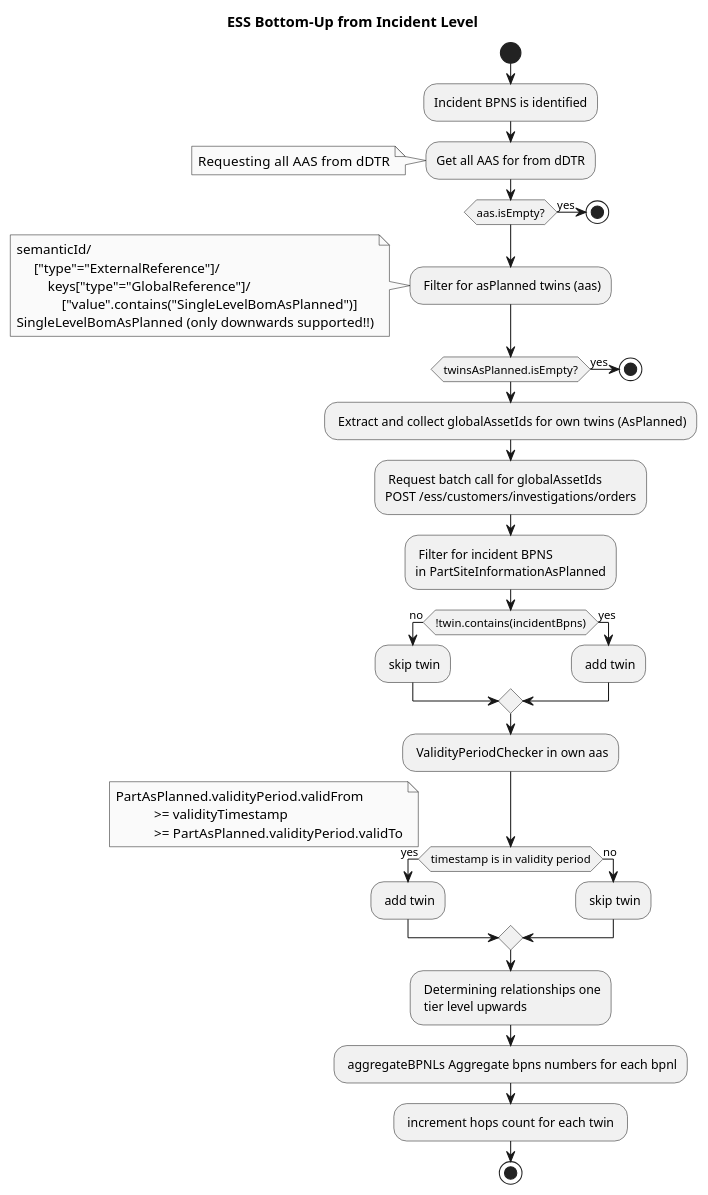
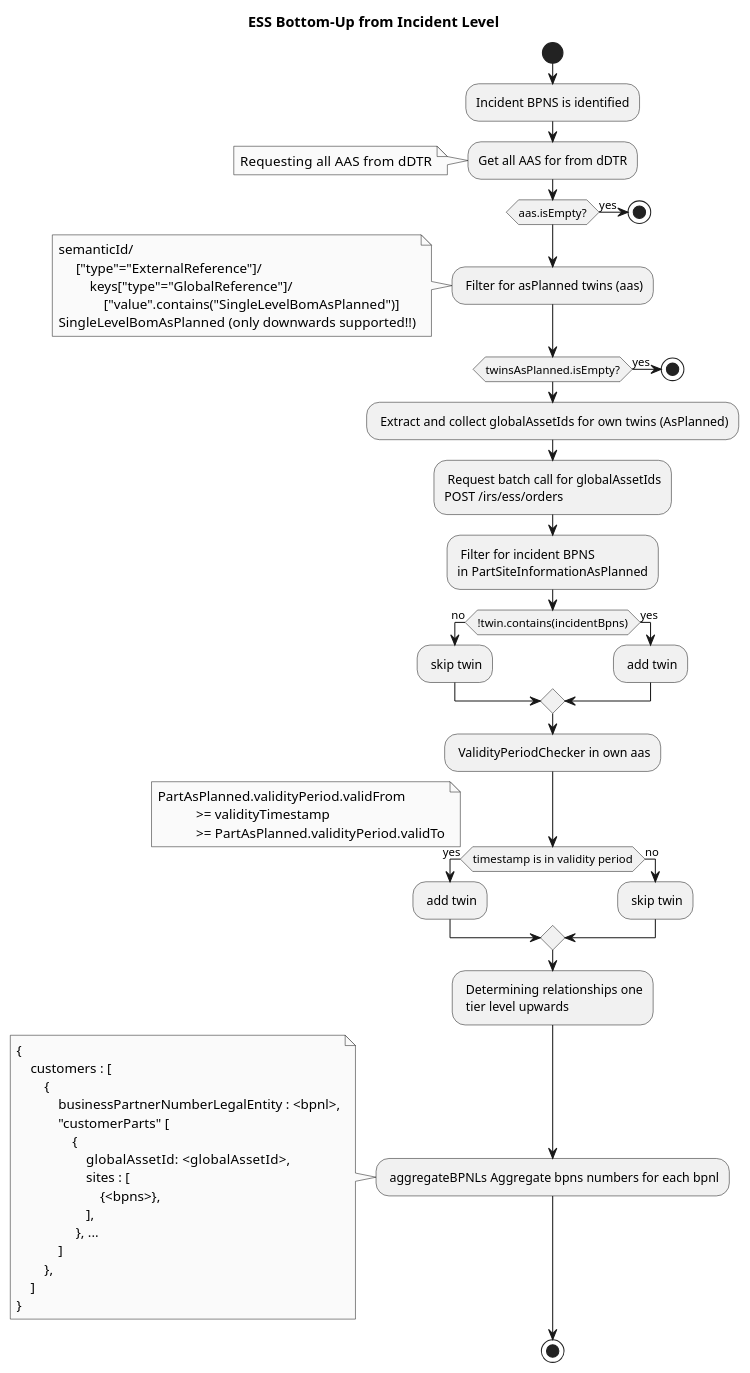
One commit to eclipse-tractusx/item-relationship-service changed the diagram in docs/src/uml-diagrams/irs-recursive/ess-bottom-up/activity/1_incident_scenario_ess-bottom_up-activity.puml. Above: the diagram before and after it, drawn with PlantUML. The commit also changed 2 other files, not shown here.

Commit message:
fix(diagram):[TRI-1715] Remove hops count as not needed

```diff
--- a/docs/src/uml-diagrams/irs-recursive/ess-bottom-up/activity/1_incident_scenario_ess-bottom_up-activity.puml
+++ b/docs/src/uml-diagrams/irs-recursive/ess-bottom-up/activity/1_incident_scenario_ess-bottom_up-activity.puml
@@ -1,64 +1,81 @@
 @startuml
 skinparam monochrome true
 skinparam shadowing false
 skinparam defaultFontName "Architects daughter"
 title "ESS Bottom-Up from Incident Level"
 
 
 | OEM  - IRS Incident Tier Level |
 start
 :Incident BPNS is identified;
 :Get all AAS for from dDTR;
 note left
    Requesting all AAS  from dDTR
 end note
 if(aas.isEmpty?) then (yes)
     stop
 endif
 
 : Filter for asPlanned twins (aas);
 note left
                semanticId/
                     ["type"="ExternalReference"]/
                         keys["type"="GlobalReference"]/
                             ["value".contains("SingleLevelBomAsPlanned")]
                SingleLevelBomAsPlanned (only downwards supported!!)
 end note
 if(twinsAsPlanned.isEmpty?) then (yes)
     stop
 endif
 
 : Extract and collect globalAssetIds for own twins (AsPlanned);
 : Request batch call for globalAssetIds
-POST /ess/customers/investigations/orders;
+POST /irs/ess/orders;
+
 
 : Filter for incident BPNS
 in PartSiteInformationAsPlanned;
 
 if(!twin.contains(incidentBpns)) then (no)
     : skip twin;
 else (yes)
     : add twin;
 endif
 
 : ValidityPeriodChecker in own aas;
 if(timestamp is in validity period) then (yes)
 note left
     PartAsPlanned.validityPeriod.validFrom
                >= validityTimestamp
                >= PartAsPlanned.validityPeriod.validTo
 end note
     : add twin;
 else (no)
     : skip twin;
 endif
 
 
 : Determining relationships one
  tier level upwards;
 
 : aggregateBPNLs Aggregate bpns numbers for each bpnl;
-: increment hops count for each twin ;
+      note left
+            {
+                customers : [
+                    {
+                        businessPartnerNumberLegalEntity : <bpnl>,
+                        "customerParts" [
+                            {
+                                globalAssetId:   <globalAssetId>,
+                                sites : [
+                                    {<bpns>},
+                                ],
+                             }, ...
+                        ]
+                    },
+                ]
+            }
+        end note
 stop
 
 @enduml
```
